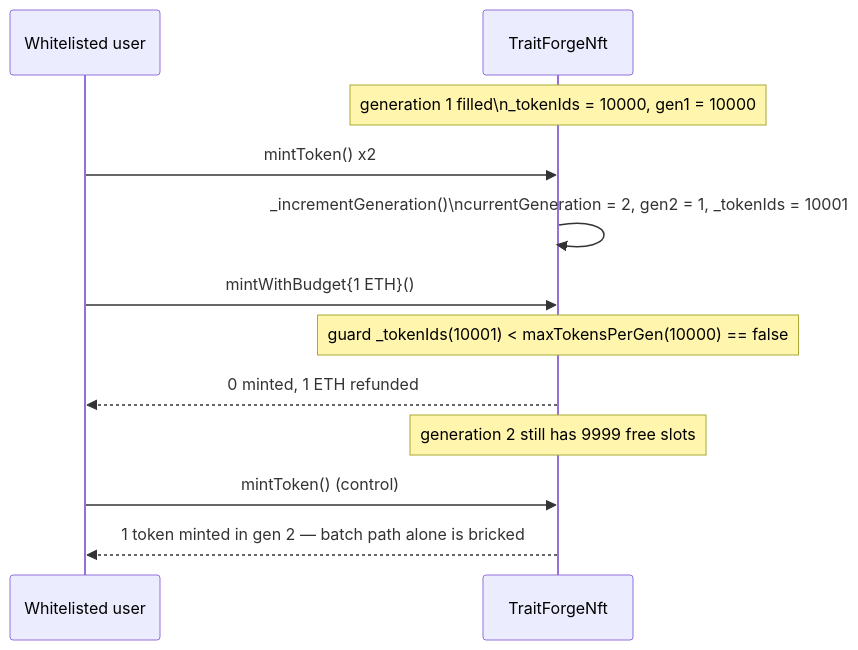
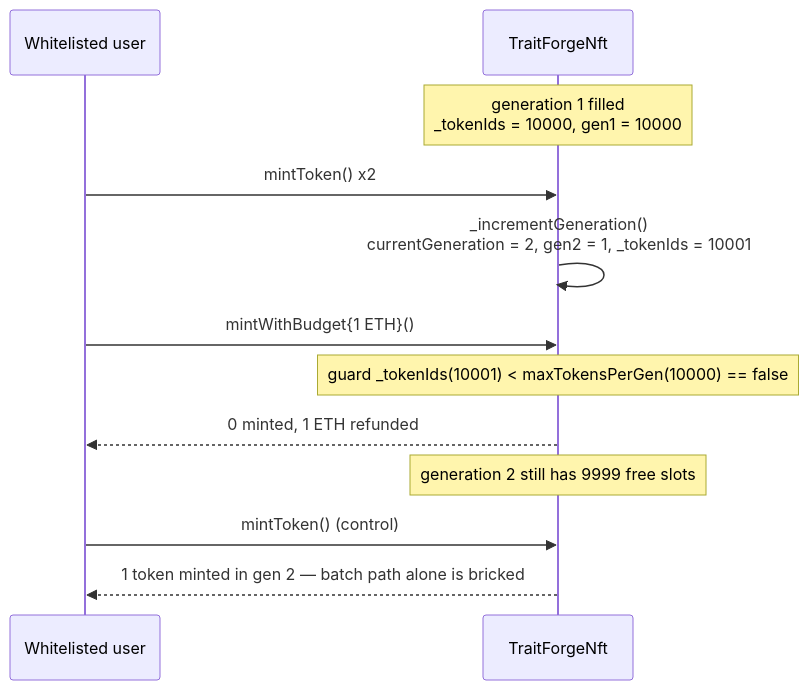
Before and after one commit to sanbir/evm-hack-registry: the diagram in 37915-h-01-wrong-minting-logic-based-on-total-token-count-across-g_exp/37915-h-01-wrong-minting-logic-based-on-total-token-count-across-g_exp.md, drawn with Mermaid. The commit also changed 23 other files, not shown here.

````diff
--- a/37915-h-01-wrong-minting-logic-based-on-total-token-count-across-g_exp/37915-h-01-wrong-minting-logic-based-on-total-token-count-across-g_exp.md
+++ b/37915-h-01-wrong-minting-logic-based-on-total-token-count-across-g_exp/37915-h-01-wrong-minting-logic-based-on-total-token-count-across-g_exp.md
@@ -62,14 +62,14 @@
 ```mermaid
 sequenceDiagram
     participant U as Whitelisted user
     participant NFT as TraitForgeNft
-    Note over NFT: generation 1 filled\n_tokenIds = 10000, gen1 = 10000
+    Note over NFT: generation 1 filled<br/>_tokenIds = 10000, gen1 = 10000
     U->>NFT: mintToken() x2
-    NFT->>NFT: _incrementGeneration()\ncurrentGeneration = 2, gen2 = 1, _tokenIds = 10001
+    NFT->>NFT: _incrementGeneration()<br/>currentGeneration = 2, gen2 = 1, _tokenIds = 10001
     U->>NFT: mintWithBudget{1 ETH}()
     Note over NFT: guard _tokenIds(10001) < maxTokensPerGen(10000) == false
     NFT-->>U: 0 minted, 1 ETH refunded
     Note over NFT: generation 2 still has 9999 free slots
     U->>NFT: mintToken() (control)
     NFT-->>U: 1 token minted in gen 2 — batch path alone is bricked
 ```
````
